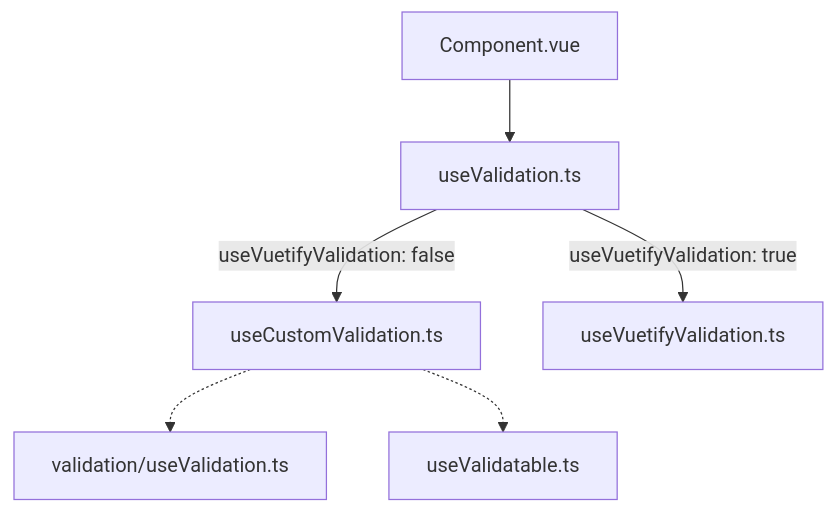
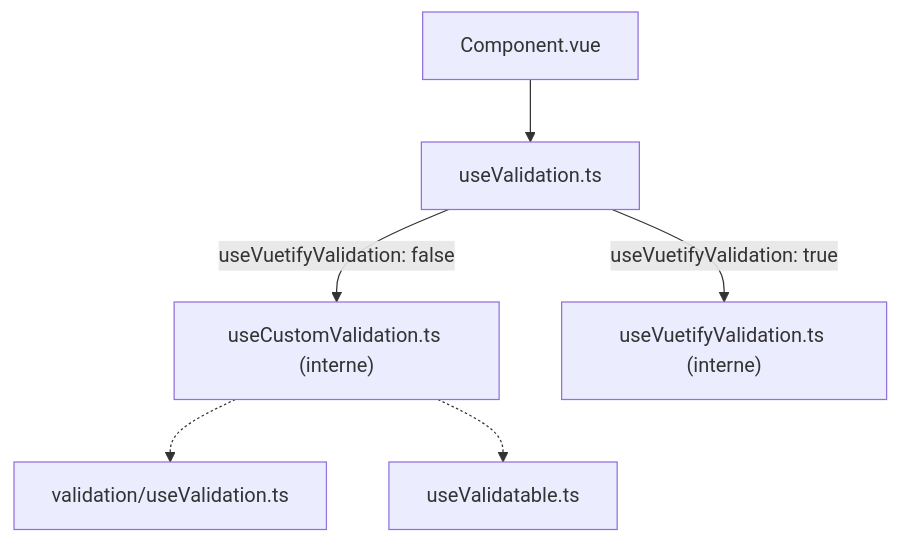
Before and after one commit to assurance-maladie-digital/design-system-v3: the diagram in doc/Validation/validation-overview.md, drawn with Mermaid. The commit also changed other lines of this file and 8 other files, not shown here.

````diff
--- a/doc/Validation/validation-overview.md
+++ b/doc/Validation/validation-overview.md
@@ -30,15 +32,15 @@
 ```mermaid
 flowchart TB
     Entry["Component.vue"]
     Unified["useValidation.ts"]
-    Custom["useCustomValidation.ts"]
-    Vuetify["useVuetifyValidation.ts"]
+    Custom["useCustomValidation.ts (interne)"]
+    Vuetify["useVuetifyValidation.ts (interne)"]
     Legacy["validation/useValidation.ts"]
     Validatable["useValidatable.ts"]
 
     Entry --> Unified
     Unified -->|useVuetifyValidation: false| Custom
     Unified -->|useVuetifyValidation: true| Vuetify
     Custom -.-> Legacy
     Custom -.-> Validatable
 ```
````
